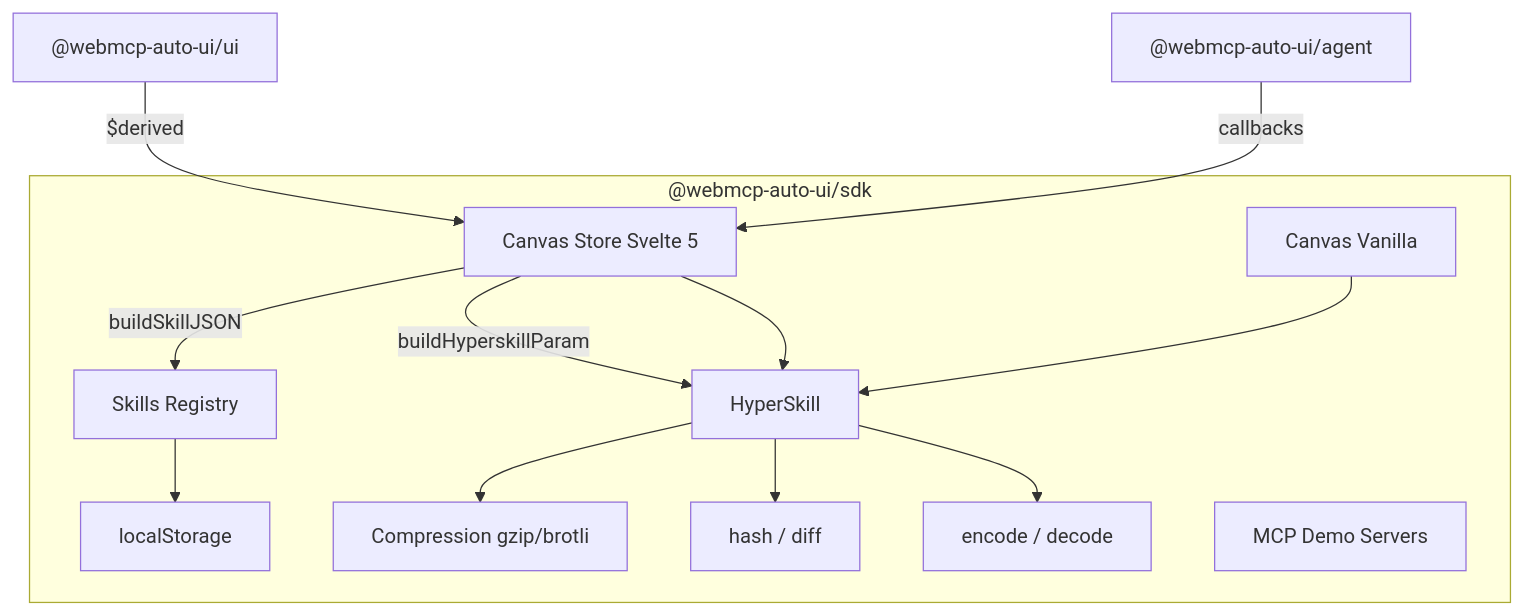
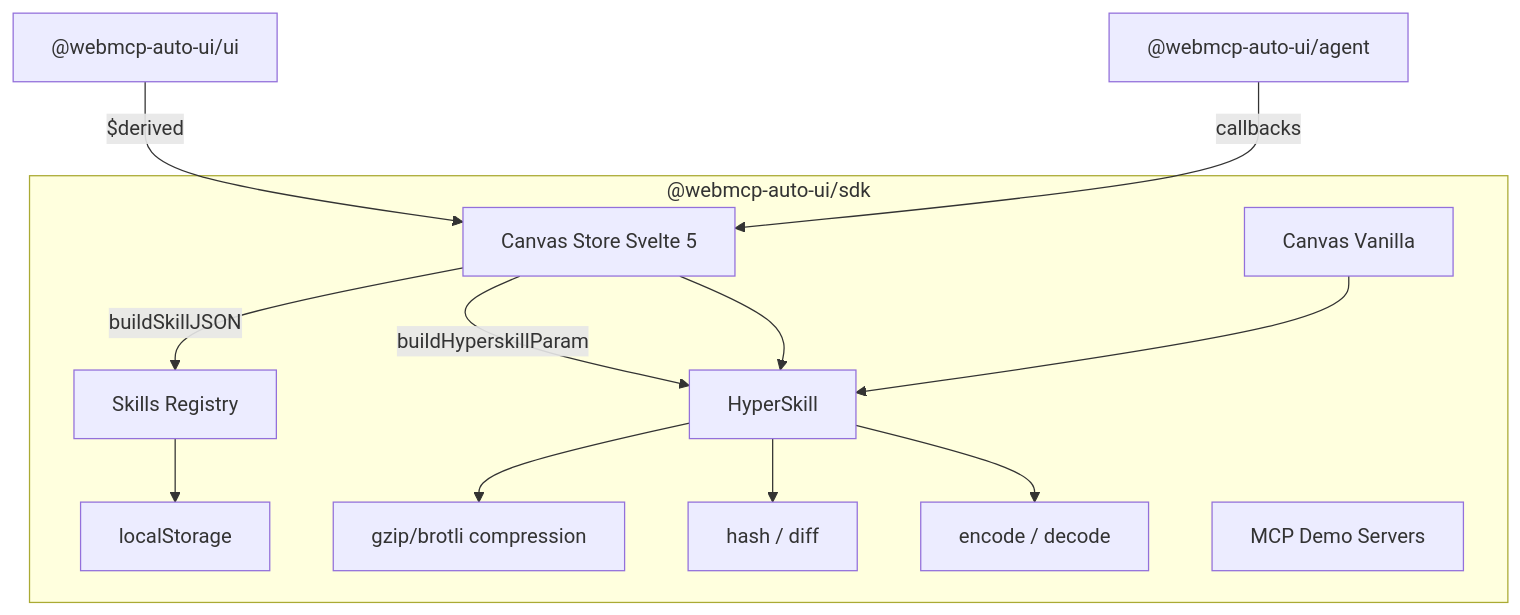
The first of 3 diagrams in docs/starlight/src/content/docs/packages/sdk.mdx (jeanbaptiste/webmcp-auto-ui), drawn with Mermaid before and after one commit. The commit also changed other lines of this file and 94 other files, not shown here.

````diff
--- a/docs/starlight/src/content/docs/packages/sdk.mdx
+++ b/docs/starlight/src/content/docs/packages/sdk.mdx
@@ -14,17 +14,17 @@
 ```mermaid
 graph TD
     subgraph "@webmcp-auto-ui/sdk"
         CS[Canvas Store Svelte 5] --> HS[HyperSkill]
         CV[Canvas Vanilla] --> HS
         HS --> ENC[encode / decode]
         HS --> HASH[hash / diff]
-        HS --> COMP[Compression gzip/brotli]
+        HS --> COMP[gzip/brotli compression]
         SR[Skills Registry] --> LS[localStorage]
         DEMOS[MCP Demo Servers]
     end
 
     AGENT["@webmcp-auto-ui/agent"] -->|callbacks| CS
     UI["@webmcp-auto-ui/ui"] -->|$derived| CS
     CS -->|buildHyperskillParam| HS
     CS -->|buildSkillJSON| SR
 ```
````
